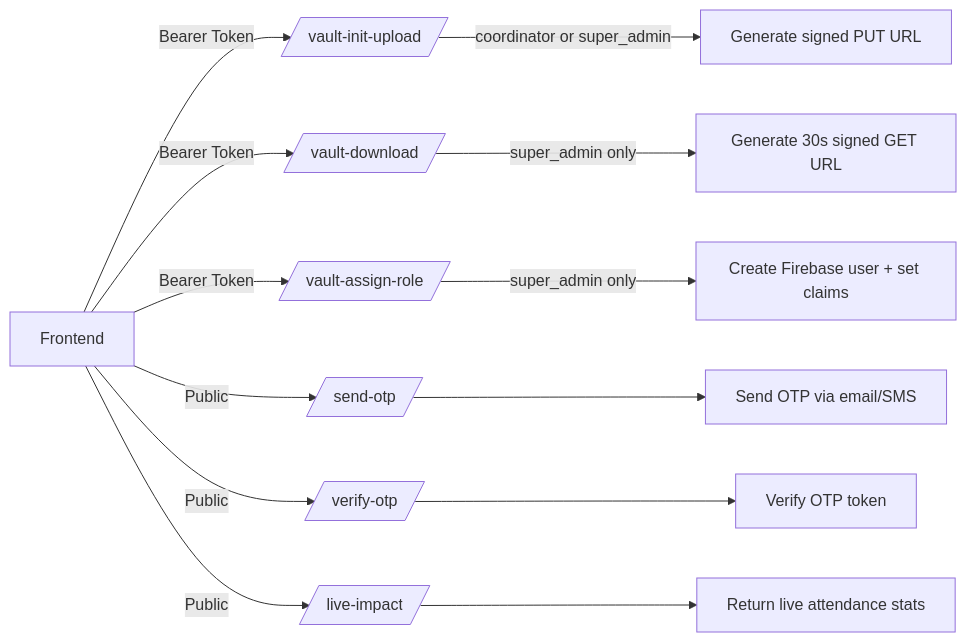
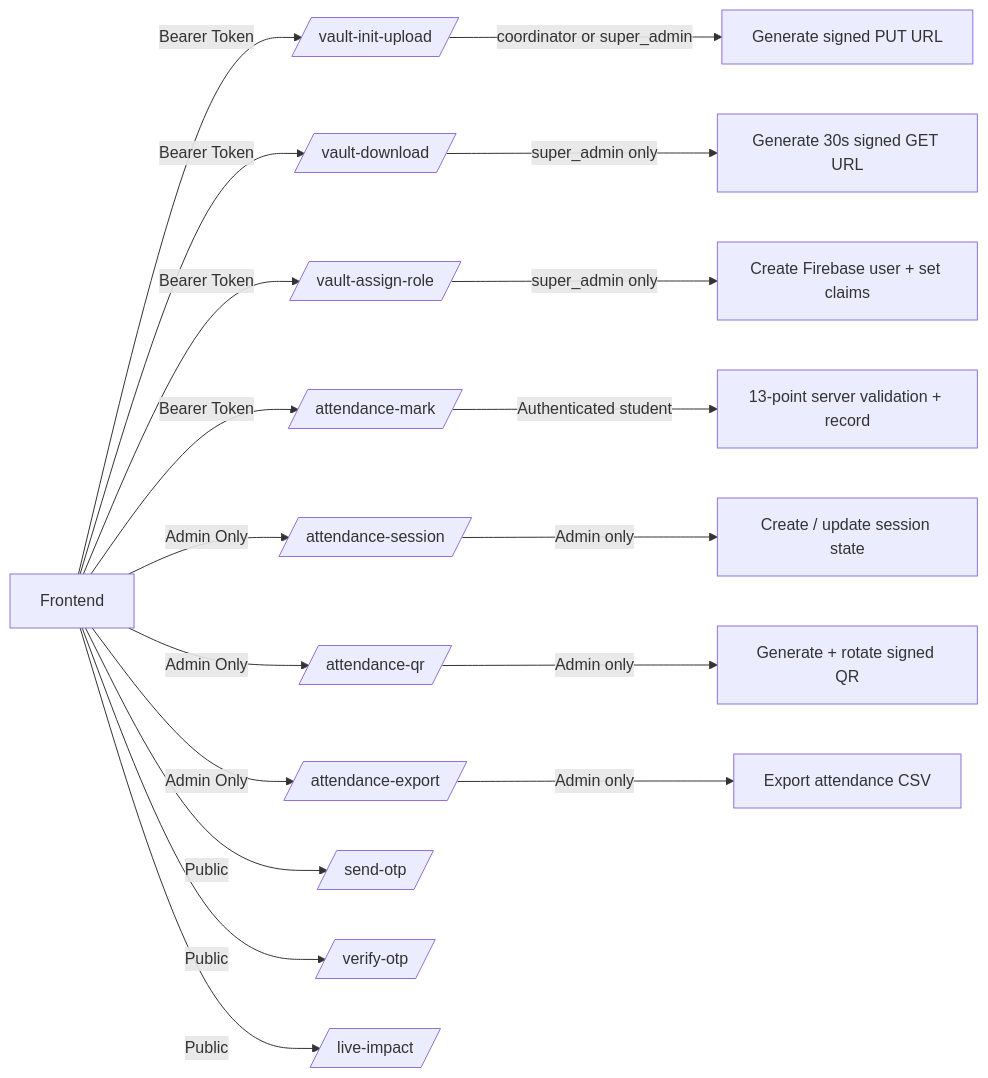
Before and after one commit to MRINALPRAKASHFSD/Induction-Program: the sixth of 7 diagrams in README.md, drawn with Mermaid. The commit also changed other lines of this file and 18 other files, not shown here.

````diff
--- a/README.md
+++ b/README.md
@@ -216,16 +240,21 @@
 ```mermaid
 graph LR
     FE[Frontend] -->|Bearer Token| A1[/vault-init-upload/]
     FE -->|Bearer Token| A2[/vault-download/]
     FE -->|Bearer Token| A3[/vault-assign-role/]
+    FE -->|Bearer Token| A7[/attendance-mark/]
+    FE -->|Admin Only| A8[/attendance-session/]
+    FE -->|Admin Only| A9[/attendance-qr/]
+    FE -->|Admin Only| A10[/attendance-export/]
     FE -->|Public| A4[/send-otp/]
     FE -->|Public| A5[/verify-otp/]
     FE -->|Public| A6[/live-impact/]
 
     A1 -->|coordinator or super_admin| G1[Generate signed PUT URL]
     A2 -->|super_admin only| G2[Generate 30s signed GET URL]
     A3 -->|super_admin only| G3[Create Firebase user + set claims]
-    A4 --> G4[Send OTP via email/SMS]
-    A5 --> G5[Verify OTP token]
-    A6 --> G6[Return live attendance stats]
+    A7 -->|Authenticated student| G7[13-point server validation + record]
+    A8 -->|Admin only| G8[Create / update session state]
+    A9 -->|Admin only| G9[Generate + rotate signed QR]
+    A10 -->|Admin only| G10[Export attendance CSV]
 ```
````
